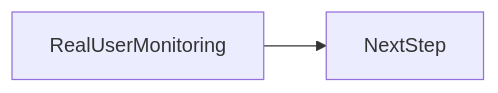
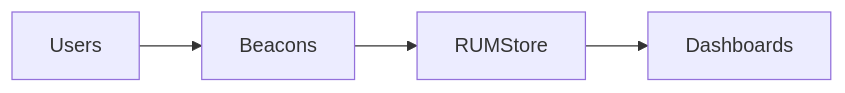
One commit to OmidJavaherii/Frontend-Engineering-Handbook changed the second of 2 diagrams in docs/en/20-observability/rum/index.md. Above: the diagram before and after it, drawn with Mermaid. The commit also changed other lines of this file and 461 other files, not shown here.

````diff
--- a/docs/en/20-observability/rum/index.md
+++ b/docs/en/20-observability/rum/index.md
@@ -95,4 +111,4 @@
 ```mermaid
 flowchart LR
-  concept[RealUserMonitoring] --> nextStep[NextStep]
+  Users --> Beacons --> RUMStore --> Dashboards
 ```
````
